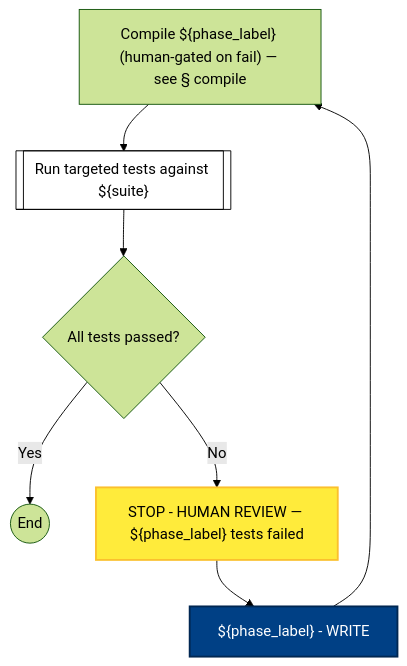
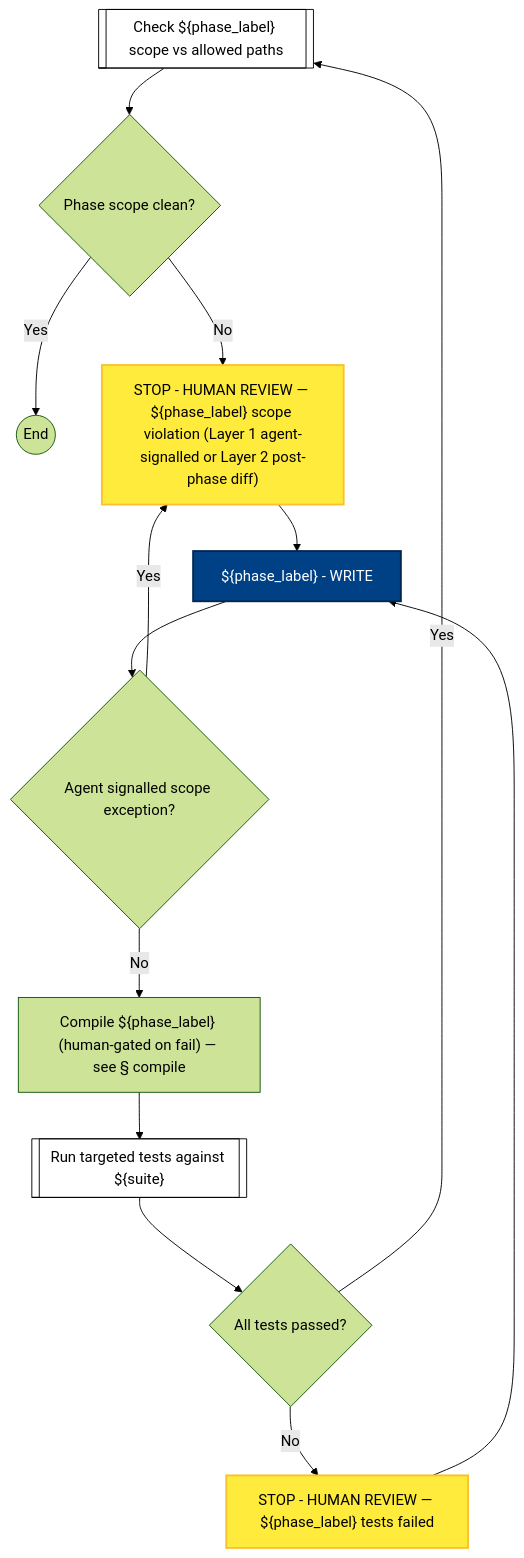
One commit to optivem/gh-optivem changed diagram 15 of 17 in docs/process-diagram.md. Above: the diagram before and after it, drawn with Mermaid (forest theme). The commit also changed other lines of this file and 5 other files, not shown here.

Commit message:
atdd: regenerate process-flow diagram

````diff
--- a/docs/process-diagram.md
+++ b/docs/process-diagram.md
@@ -386,25 +397,35 @@
 ```mermaid
 flowchart TD
+    CHECK_PHASE_SCOPE[["Check ${phase_label} scope vs allowed paths"]]
     COMPILE["Compile ${phase_label} (human-gated on fail) — see § compile"]
+    GATE_PHASE_SCOPE_CLEAN{Phase scope clean?}
+    GATE_SCOPE_EXCEPTION{Agent signalled scope exception?}
     GATE_TESTS_PASS{All tests passed?}
     GREEN_END((End))
     RUN[["Run targeted tests against ${suite}"]]
     STOP_GREEN_TEST_FAIL["STOP - HUMAN REVIEW — ${phase_label} tests failed"]
+    STOP_SCOPE_VIOLATION["STOP - HUMAN REVIEW — ${phase_label} scope violation (Layer 1 agent-signalled or Layer 2 post-phase diff)"]
     WRITE["${phase_label} - WRITE"]
 
-    WRITE --> COMPILE
+    WRITE --> GATE_SCOPE_EXCEPTION
+    GATE_SCOPE_EXCEPTION -- Yes --> STOP_SCOPE_VIOLATION
+    GATE_SCOPE_EXCEPTION -- No --> COMPILE
+    STOP_SCOPE_VIOLATION --> WRITE
     COMPILE --> RUN
     RUN --> GATE_TESTS_PASS
-    GATE_TESTS_PASS -- Yes --> GREEN_END
+    GATE_TESTS_PASS -- Yes --> CHECK_PHASE_SCOPE
     GATE_TESTS_PASS -- No --> STOP_GREEN_TEST_FAIL
     STOP_GREEN_TEST_FAIL --> WRITE
+    CHECK_PHASE_SCOPE --> GATE_PHASE_SCOPE_CLEAN
+    GATE_PHASE_SCOPE_CLEAN -- Yes --> GREEN_END
+    GATE_PHASE_SCOPE_CLEAN -- No --> STOP_SCOPE_VIOLATION
 
     classDef serviceNode fill:#ffffff,stroke:#000000,stroke-width:1px,color:#000000
-    class RUN serviceNode
+    class CHECK_PHASE_SCOPE,RUN serviceNode
 
     classDef agentNode fill:#004085,stroke:#002752,stroke-width:2px,color:#ffffff
     class WRITE agentNode
 
     classDef humanNode fill:#ffeb3b,stroke:#fbc02d,stroke-width:2px,color:#000000
-    class STOP_GREEN_TEST_FAIL humanNode
+    class STOP_GREEN_TEST_FAIL,STOP_SCOPE_VIOLATION humanNode
 ```
````
